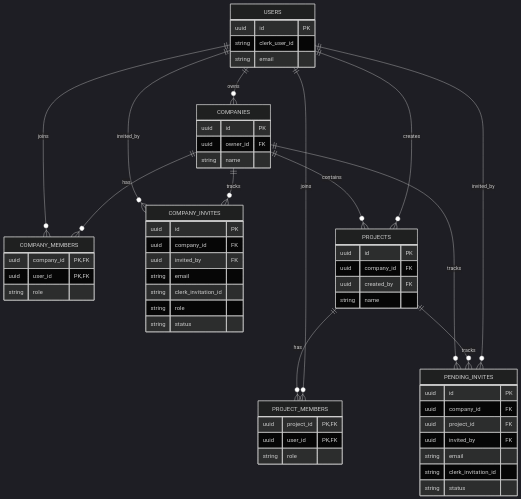
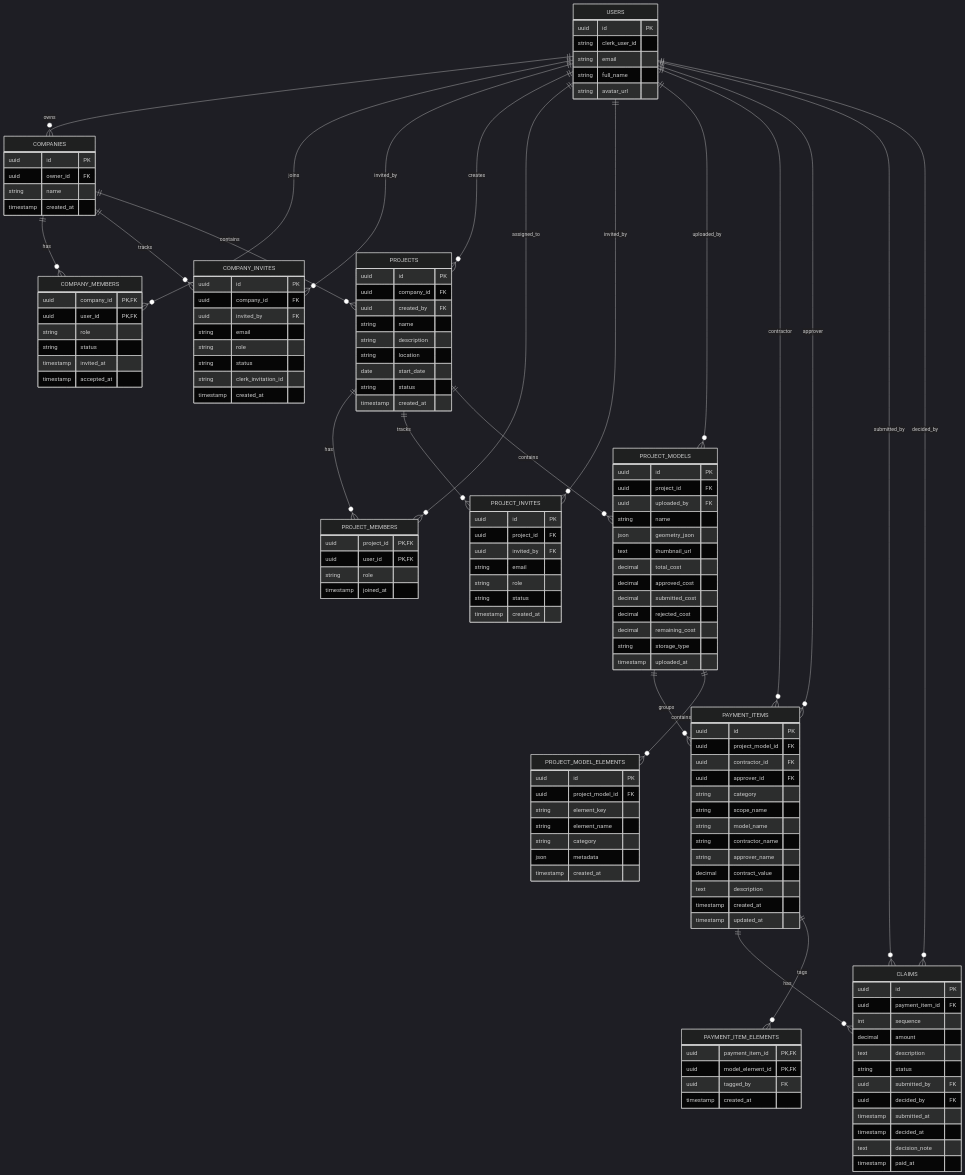
Before and after one commit to Adeniyi-Bella/Claimo: the diagram in README.md, drawn with Mermaid (dark theme). The commit also changed other lines of this file and 18 other files, not shown here.

Commit message:
Added IFC 3D viewer component to visualize ifc files. Also updated the db architecture..

````diff
--- a/README.md
+++ b/README.md
@@ -8,32 +19,50 @@
     USERS ||--o{ COMPANIES : owns
     USERS ||--o{ COMPANY_MEMBERS : joins
     USERS ||--o{ COMPANY_INVITES : invited_by
+    USERS ||--o{ PROJECTS : creates
+    USERS ||--o{ PROJECT_MEMBERS : assigned_to
+    USERS ||--o{ PROJECT_INVITES : invited_by
+    USERS ||--o{ PROJECT_MODELS : uploaded_by
+    USERS ||--o{ PAYMENT_ITEMS : contractor
+    USERS ||--o{ PAYMENT_ITEMS : approver
+    USERS ||--o{ CLAIMS : submitted_by
+    USERS ||--o{ CLAIMS : decided_by
+
     COMPANIES ||--o{ COMPANY_MEMBERS : has
     COMPANIES ||--o{ COMPANY_INVITES : tracks
     COMPANIES ||--o{ PROJECTS : contains
-    USERS ||--o{ PROJECTS : creates
+
     PROJECTS ||--o{ PROJECT_MEMBERS : has
-    USERS ||--o{ PROJECT_MEMBERS : joins
-    COMPANIES ||--o{ PENDING_INVITES : tracks
-    PROJECTS ||--o{ PENDING_INVITES : tracks
-    USERS ||--o{ PENDING_INVITES : invited_by
+    PROJECTS ||--o{ PROJECT_INVITES : tracks
+    PROJECTS ||--o{ PROJECT_MODELS : contains
+
+    PROJECT_MODELS ||--o{ PAYMENT_ITEMS : groups
+    PAYMENT_ITEMS ||--o{ CLAIMS : has
+    PAYMENT_ITEMS ||--o{ PAYMENT_ITEM_ELEMENTS : tags
+    PROJECT_MODELS ||--o{ PROJECT_MODEL_ELEMENTS : contains
 
     USERS {
         uuid id PK
         string clerk_user_id
         string email
+        string full_name
+        string avatar_url
     }
 
     COMPANIES {
         uuid id PK
         uuid owner_id FK
         string name
+        timestamp created_at
     }
 
     COMPANY_MEMBERS {
         uuid company_id PK, FK
         uuid user_id PK, FK
         string role
+        string status
+        timestamp invited_at
+        timestamp accepted_at
     }
 
     COMPANY_INVITES {
@@ -41,9 +70,10 @@
         uuid company_id FK
         uuid invited_by FK
         string email
-        string clerk_invitation_id
         string role
         string status
+        string clerk_invitation_id
+        timestamp created_at
     }
 
     PROJECTS {
@@ -51,21 +81,91 @@
         uuid company_id FK
         uuid created_by FK
         string name
+        string description
+        string location
+        date start_date
+        string status
+        timestamp created_at
     }
 
     PROJECT_MEMBERS {
         uuid project_id PK, FK
         uuid user_id PK, FK
         string role
+        timestamp joined_at
     }
 
-    PENDING_INVITES {
+    PROJECT_INVITES {
         uuid id PK
-        uuid company_id FK
         uuid project_id FK
         uuid invited_by FK
         string email
-        string clerk_invitation_id
+        string role
         string status
+        timestamp created_at
+    }
+
+    PROJECT_MODELS {
+        uuid id PK
+        uuid project_id FK
+        uuid uploaded_by FK
+        string name
+        json geometry_json
+        text thumbnail_url
+        decimal total_cost
+        decimal approved_cost
+        decimal submitted_cost
+        decimal rejected_cost
+        decimal remaining_cost
+        string storage_type
+        timestamp uploaded_at
+    }
+
+    PAYMENT_ITEMS {
+        uuid id PK
+        uuid project_model_id FK
+        uuid contractor_id FK
+        uuid approver_id FK
+        string category
+        string scope_name
+        string model_name
+        string contractor_name
+        string approver_name
+        decimal contract_value
+        text description
+        timestamp created_at
+        timestamp updated_at
+    }
+
+    PAYMENT_ITEM_ELEMENTS {
+        uuid payment_item_id PK, FK
+        uuid model_element_id PK, FK
+        uuid tagged_by FK
+        timestamp created_at
+    }
+
+    PROJECT_MODEL_ELEMENTS {
+        uuid id PK
+        uuid project_model_id FK
+        string element_key
+        string element_name
+        string category
+        json metadata
+        timestamp created_at
+    }
+
+    CLAIMS {
+        uuid id PK
+        uuid payment_item_id FK
+        int sequence
+        decimal amount
+        text description
+        string status
+        uuid submitted_by FK
+        uuid decided_by FK
+        timestamp submitted_at
+        timestamp decided_at
+        text decision_note
+        timestamp paid_at
     }
 ```
````
